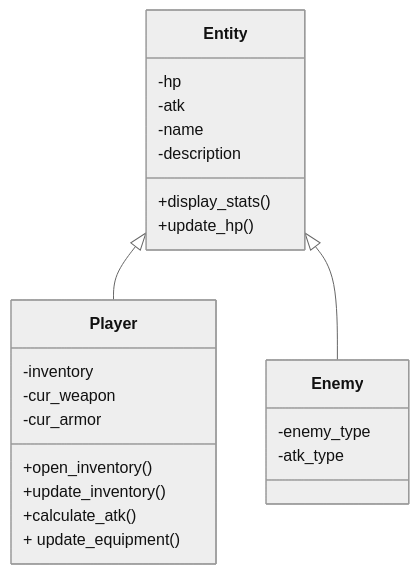
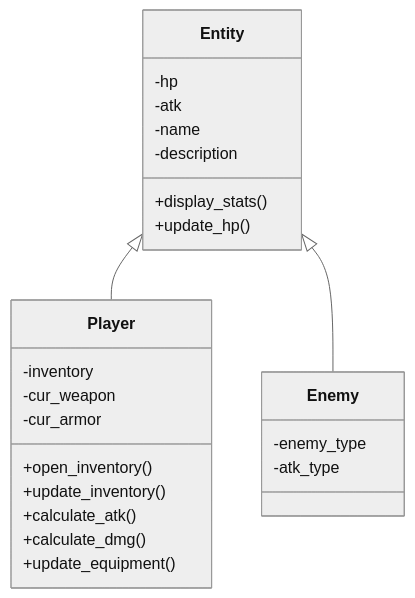
Before and after one commit to edward-yee-ny/j1-summary-project-private-: the third of 4 diagrams in README.md, drawn with Mermaid (neutral theme).

````diff
--- a/README.md
+++ b/README.md
@@ -92,20 +92,21 @@
 ```mermaid
 classDiagram
     Entity <|-- Player
     Entity <|-- Enemy
     Entity : -hp
     Entity : -atk
     Entity : -name
     Entity : -description
     Entity : +display_stats()
     Entity : +update_hp()
     Player : -inventory
     Player : -cur_weapon
     Player : -cur_armor
     Player : +open_inventory()
     Player : +update_inventory()
     Player : +calculate_atk()
-    Player : + update_equipment()
+    Player : +calculate_dmg()
+    Player : +update_equipment()
     Enemy : -enemy_type
     Enemy : -atk_type
 ```
````
